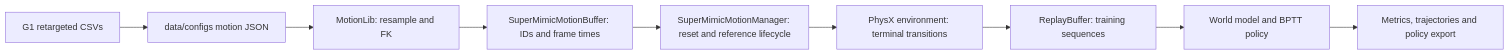
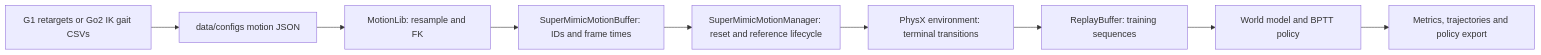
The diagram in docs/data_flow.md (Renforce-Dynamics/trackerlab-supermimic), drawn with Mermaid before and after one commit. The commit also changed other lines of this file and 36 other files, not shown here.

````diff
--- a/docs/data_flow.md
+++ b/docs/data_flow.md
@@ -3,11 +3,11 @@
 ```mermaid
 flowchart LR
-    A[G1 retargeted CSVs] --> B[data/configs motion JSON]
+    A[G1 retargets or Go2 IK gait CSVs] --> B[data/configs motion JSON]
     B --> C[MotionLib: resample and FK]
     C --> D[SuperMimicMotionBuffer: IDs and frame times]
     D --> E[SuperMimicMotionManager: reset and reference lifecycle]
     E --> F[PhysX environment: terminal transitions]
     F --> G[ReplayBuffer: training sequences]
     G --> H[World model and BPTT policy]
     H --> I[Metrics, trajectories and policy export]
 ```
````
